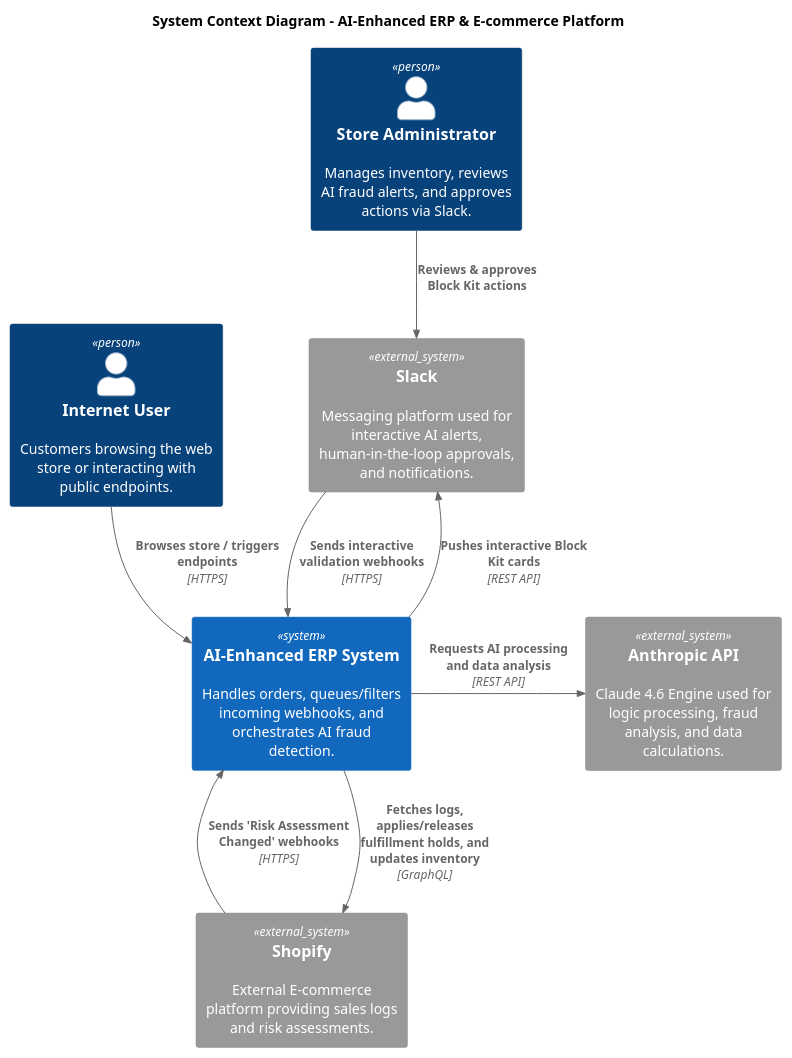
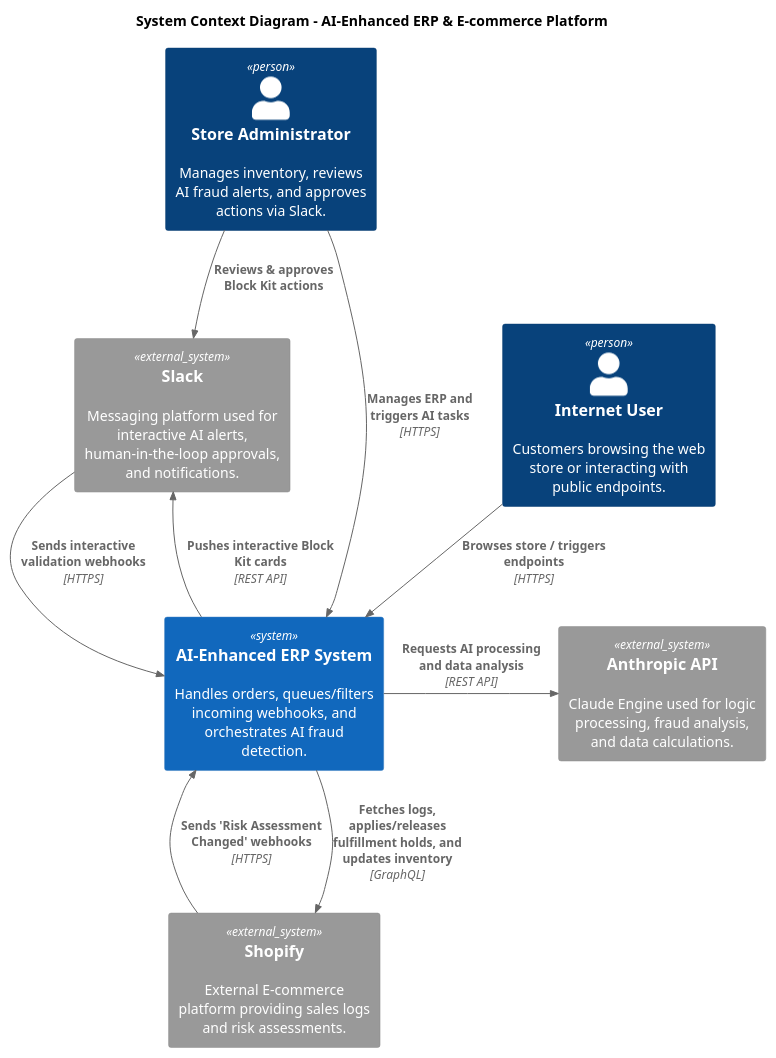
One commit to jenisrowan/odoo-ai-ops changed the diagram in C4_Context.puml. Above: the diagram before and after it, drawn with PlantUML. The commit also changed 5 other files, not shown here.

First line of the commit message:
refactor(infra): finalize aws hybrid architecture and cost models

```diff
--- a/C4_Context.puml
+++ b/C4_Context.puml
@@ -1,26 +1,27 @@
 @startuml C4_Context
 !include https://raw.githubusercontent.com/plantuml-stdlib/C4-PlantUML/master/C4_Context.puml
 
 title System Context Diagram - AI-Enhanced ERP & E-commerce Platform
 
 Person(admin, "Store Administrator", "Manages inventory, reviews AI fraud alerts, and approves actions via Slack.")
 Person(user, "Internet User", "Customers browsing the web store or interacting with public endpoints.")
 
 System(core_system, "AI-Enhanced ERP System", "Handles orders, queues/filters incoming webhooks, and orchestrates AI fraud detection.")
 
 System_Ext(shopify, "Shopify", "External E-commerce platform providing sales logs and risk assessments.")
 System_Ext(slack, "Slack", "Messaging platform used for interactive AI alerts, human-in-the-loop approvals, and notifications.")
-System_Ext(anthropic, "Anthropic API", "Claude 4.6 Engine used for logic processing, fraud analysis, and data calculations.")
+System_Ext(anthropic, "Anthropic API", "Claude Engine used for logic processing, fraud analysis, and data calculations.")
 
 ' Adjusted layout directions to prevent overlapping labels
 Rel_D(user, core_system, "Browses store / triggers endpoints", "HTTPS")
+Rel_D(admin, core_system, "Manages ERP and triggers AI tasks", "HTTPS")
 Rel_D(admin, slack, "Reviews & approves Block Kit actions")
 
 Rel_U(shopify, core_system, "Sends 'Risk Assessment Changed' webhooks", "HTTPS")
 Rel_D(slack, core_system, "Sends interactive validation webhooks", "HTTPS")
 
 Rel_D(core_system, shopify, "Fetches logs, applies/releases fulfillment holds, and updates inventory", "GraphQL")
 Rel_U(core_system, slack, "Pushes interactive Block Kit cards", "REST API")
 Rel_R(core_system, anthropic, "Requests AI processing and data analysis", "REST API")
 
 @enduml
```
